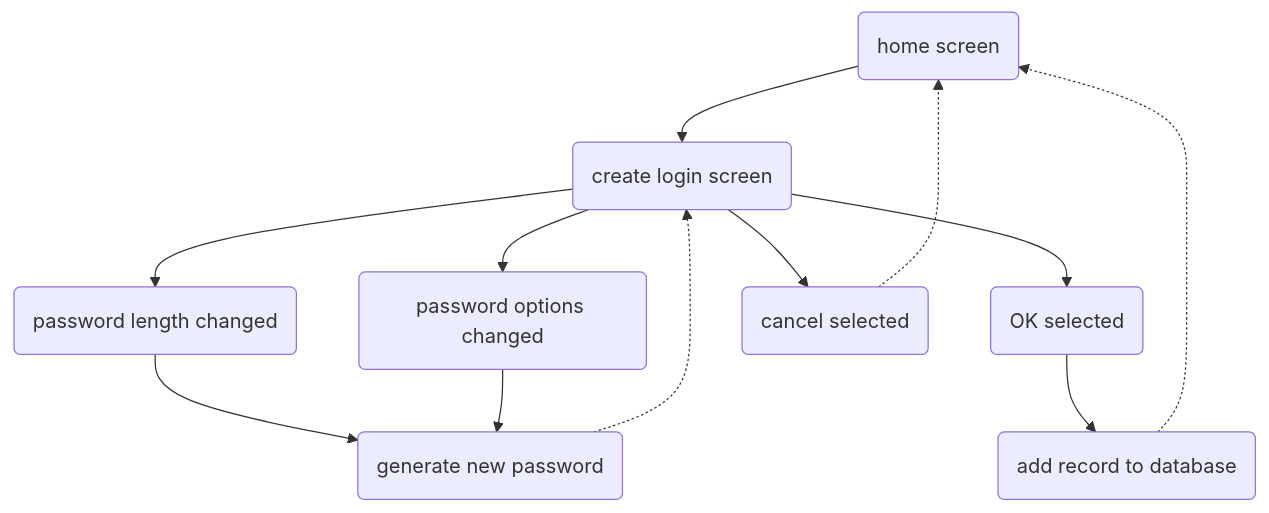
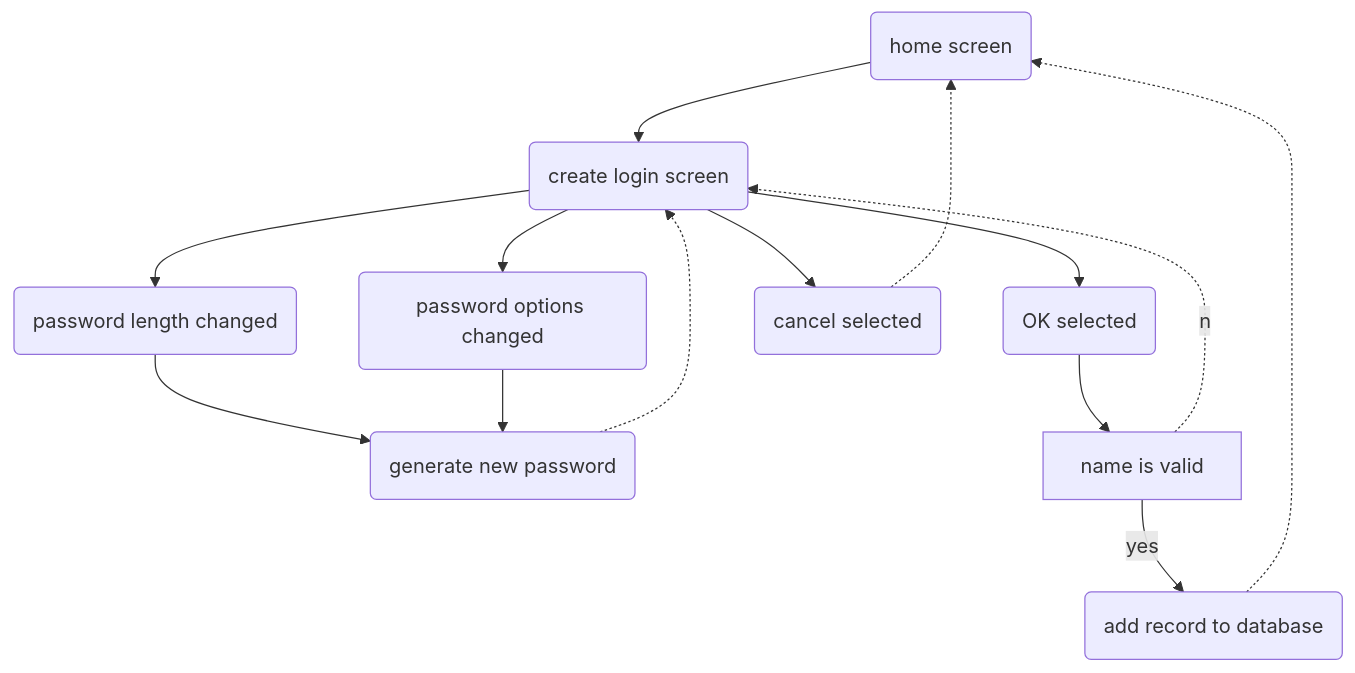
The second of 3 diagrams in README.md (pxp888/passcodes), drawn with Mermaid before and after one commit. The commit also changed other lines of this file and 1 other file, not shown here.

```diff
--- a/README.md
+++ b/README.md
@@ -62,8 +77,11 @@
 ~~~mermaid
 graph TD
 hs(home screen)-->cl(create login screen)
 cl-->pl(password length changed)-->g(generate new password)-.->cl
 cl-->o1(password options changed)-->g
-cl-->ok(OK selected)-->ar(add record to database)-.->hs
+cl-->ok(OK selected)
+ok-->nv[name is valid]--yes-->ar
+nv-.no.->cl
+ar(add record to database)-.->hs
 cl-->cn(cancel selected)-.->hs
 ~~~
```
